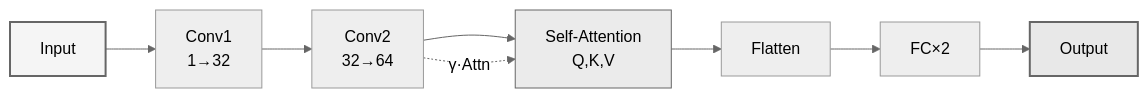
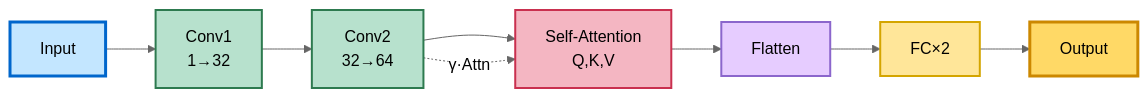
The ninth of 13 diagrams in models/MODEL_ARCHITECTURES.md (soroosh-tanzadeh/rotary-insight), drawn with Mermaid (neutral theme) before and after one commit. The commit also changed other lines of this file and 5 other files, not shown here.

````diff
--- a/models/MODEL_ARCHITECTURES.md
+++ b/models/MODEL_ARCHITECTURES.md
@@ -536,11 +570,15 @@
 ```mermaid
 graph LR
     A[Input] --> B[Conv1<br/>1→32]
     B --> C[Conv2<br/>32→64]
     C --> D[Self-Attention<br/>Q,K,V]
     D --> E[Flatten] --> F[FC×2] --> G[Output]
     C -.γ·Attn.-> D
-    style A fill:#f5f5f5,stroke:#666,stroke-width:2px
-    style G fill:#e8e8e8,stroke:#666,stroke-width:2px
-    style D fill:#ebebeb,stroke:#666
+    style A fill:#c3e6ff,stroke:#0066cc,stroke-width:3px
+    style B fill:#b7e1cd,stroke:#2d7a4f,stroke-width:2px
+    style C fill:#b7e1cd,stroke:#2d7a4f,stroke-width:2px
+    style D fill:#f4b6c2,stroke:#c9304f,stroke-width:2px
+    style E fill:#e6ccff,stroke:#8b66cc,stroke-width:2px
+    style F fill:#ffe699,stroke:#d4a500,stroke-width:2px
+    style G fill:#ffd966,stroke:#cc8800,stroke-width:3px
 ```
````
